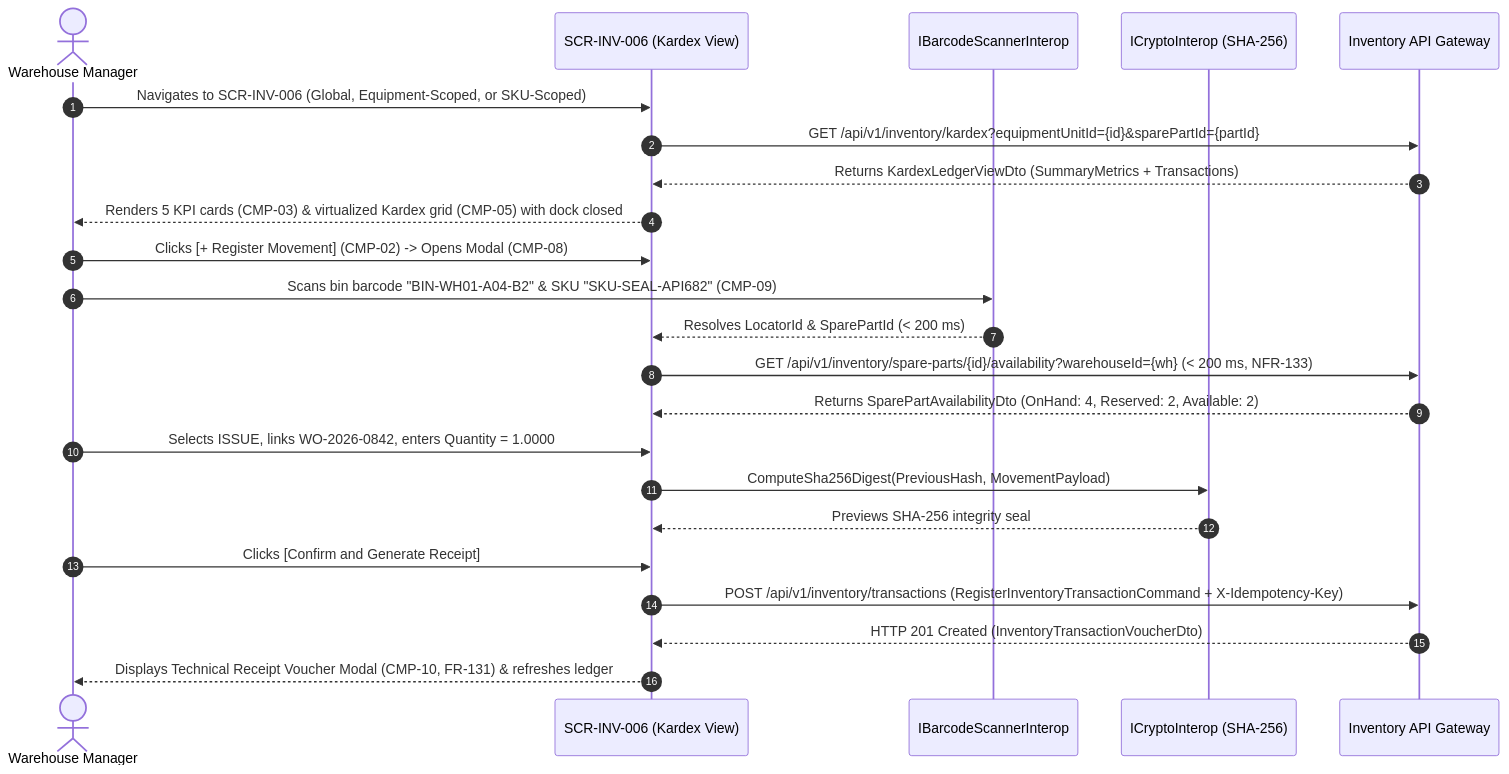
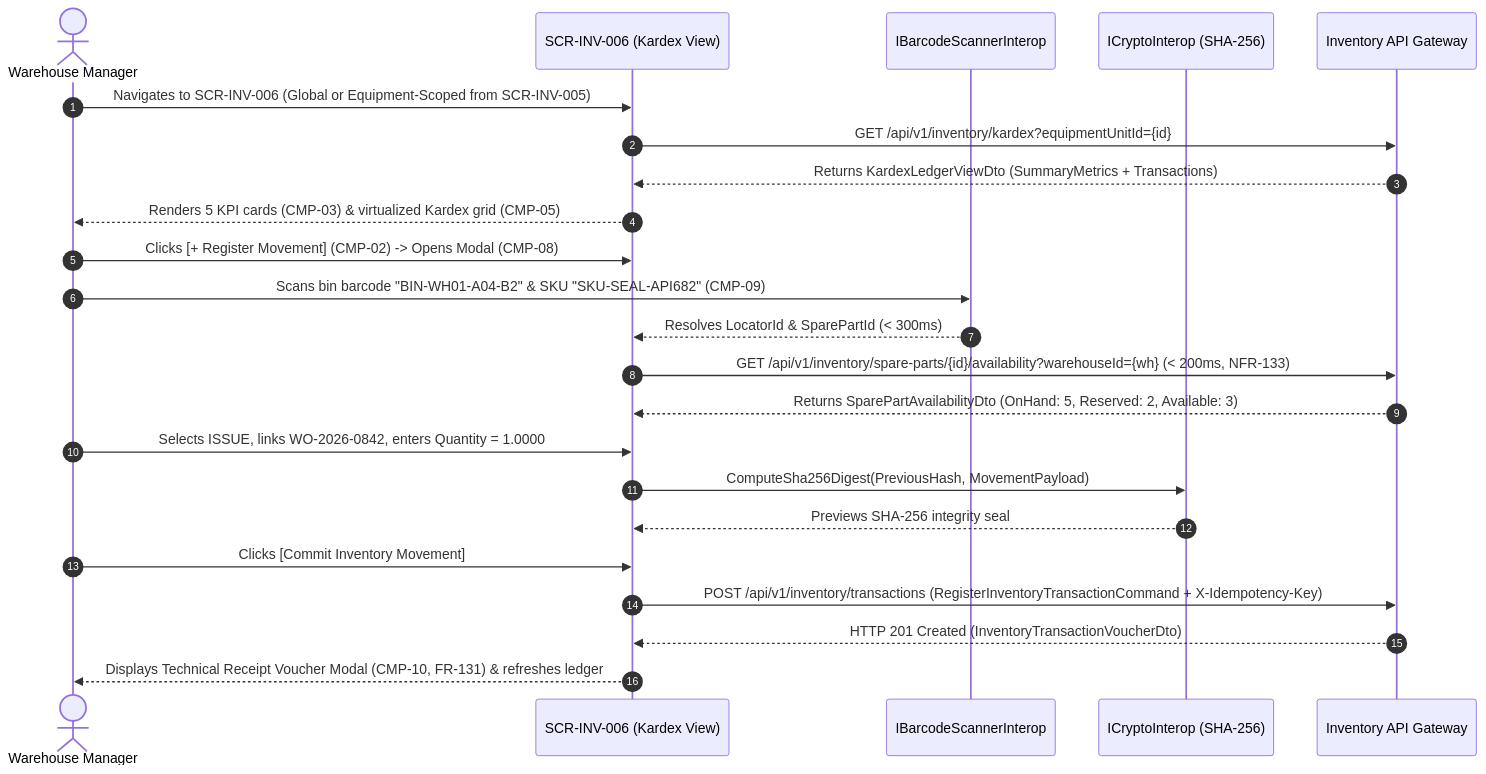
Before and after one commit to Novav20/adso-dteam-docs: the diagram in ui-ux/screens/inv/SCR-INV-006.md, drawn with Mermaid. The commit also changed other lines of this file and 21 other files, not shown here.

````diff
--- a/ui-ux/screens/inv/SCR-INV-006.md
+++ b/ui-ux/screens/inv/SCR-INV-006.md
@@ -243,26 +221,26 @@
 ```mermaid
 sequenceDiagram
     autonumber
     actor WM as Warehouse Manager
     participant UI as SCR-INV-006 (Kardex View)
     participant Scanner as IBarcodeScannerInterop
     participant Crypto as ICryptoInterop (SHA-256)
     participant API as Inventory API Gateway
 
-    WM->>UI: Navigates to SCR-INV-006 (Global, Equipment-Scoped, or SKU-Scoped)
-    UI->>API: GET /api/v1/inventory/kardex?equipmentUnitId={id}&sparePartId={partId}
+    WM->>UI: Navigates to SCR-INV-006 (Global or Equipment-Scoped from SCR-INV-005)
+    UI->>API: GET /api/v1/inventory/kardex?equipmentUnitId={id}
     API-->>UI: Returns KardexLedgerViewDto (SummaryMetrics + Transactions)
-    UI-->>WM: Renders 5 KPI cards (CMP-03) & virtualized Kardex grid (CMP-05) with dock closed
+    UI-->>WM: Renders 5 KPI cards (CMP-03) & virtualized Kardex grid (CMP-05)
     WM->>UI: Clicks [+ Register Movement] (CMP-02) -> Opens Modal (CMP-08)
     WM->>Scanner: Scans bin barcode "BIN-WH01-A04-B2" & SKU "SKU-SEAL-API682" (CMP-09)
-    Scanner-->>UI: Resolves LocatorId & SparePartId (< 200 ms)
-    UI->>API: GET /api/v1/inventory/spare-parts/{id}/availability?warehouseId={wh} (< 200 ms, NFR-133)
-    API-->>UI: Returns SparePartAvailabilityDto (OnHand: 4, Reserved: 2, Available: 2)
+    Scanner-->>UI: Resolves LocatorId & SparePartId (< 300ms)
+    UI->>API: GET /api/v1/inventory/spare-parts/{id}/availability?warehouseId={wh} (< 200ms, NFR-133)
+    API-->>UI: Returns SparePartAvailabilityDto (OnHand: 5, Reserved: 2, Available: 3)
     WM->>UI: Selects ISSUE, links WO-2026-0842, enters Quantity = 1.0000
     UI->>Crypto: ComputeSha256Digest(PreviousHash, MovementPayload)
     Crypto-->>UI: Previews SHA-256 integrity seal
-    WM->>UI: Clicks [Confirm and Generate Receipt]
+    WM->>UI: Clicks [Commit Inventory Movement]
     UI->>API: POST /api/v1/inventory/transactions (RegisterInventoryTransactionCommand + X-Idempotency-Key)
     API-->>UI: HTTP 201 Created (InventoryTransactionVoucherDto)
     UI-->>WM: Displays Technical Receipt Voucher Modal (CMP-10, FR-131) & refreshes ledger
 ```
````
